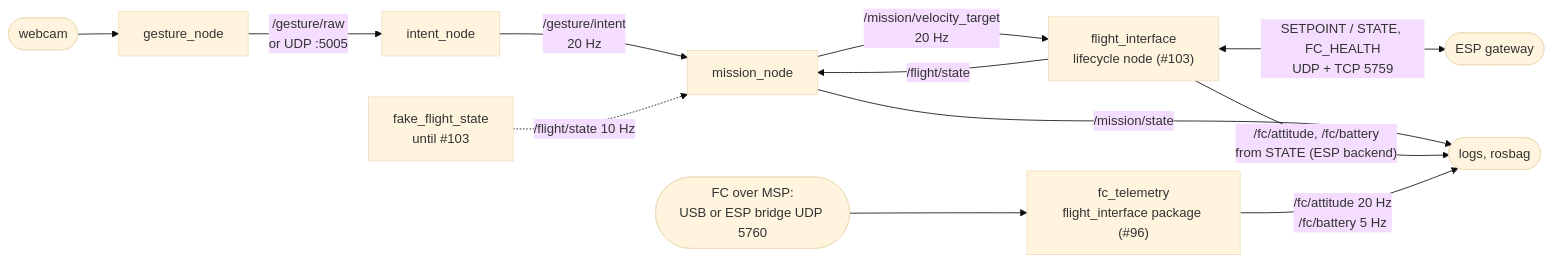
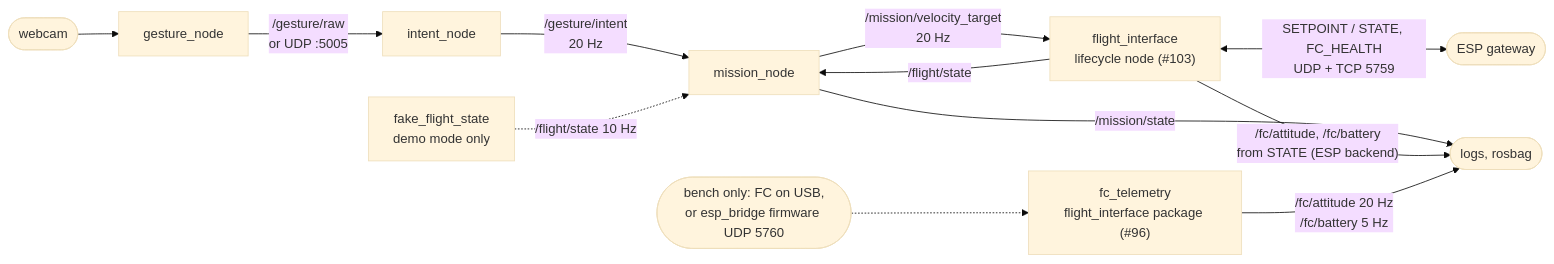
Before and after one commit to SEAME-pt/SEA-ME_Team1_ROSRangers: the second of 2 diagrams in docs/PraticalPlan/03 Architecture/Architecture Document.md, drawn with Mermaid (base theme). The commit also changed other lines of this file, not shown here.

First line of the commit message:
Finish the architecture document (#98) (#216)

````diff
--- a/docs/PraticalPlan/03 Architecture/Architecture Document.md
+++ b/docs/PraticalPlan/03 Architecture/Architecture Document.md
@@ -67,14 +66,14 @@
 ```mermaid
 flowchart LR
   CAM([webcam]) --> GEST[gesture_node]
   GEST -->|"/gesture/raw<br/>or UDP :5005"| INT[intent_node]
   INT -->|"/gesture/intent<br/>20 Hz"| MIS[mission_node]
   MIS -->|"/mission/velocity_target<br/>20 Hz"| FI["flight_interface<br/>lifecycle node (#103)"]
   MIS -->|"/mission/state"| OUT([logs, rosbag])
   FI -->|"/flight/state"| MIS
   FI <-->|"SETPOINT / STATE, FC_HEALTH<br/>UDP + TCP 5759"| ESP([ESP gateway])
   FI -->|"/fc/attitude, /fc/battery<br/>from STATE (ESP backend)"| OUT
-  FC([FC over MSP:<br/>USB or ESP bridge UDP 5760]) --> FCT["fc_telemetry<br/>flight_interface package (#96)"]
+  FC([bench only: FC on USB,<br/>or esp_bridge firmware UDP 5760]) -.-> FCT["fc_telemetry<br/>flight_interface package (#96)"]
   FCT -->|"/fc/attitude 20 Hz<br/>/fc/battery 5 Hz"| OUT
-  FFS["fake_flight_state<br/>until #103"] -.->|"/flight/state 10 Hz"| MIS
+  FFS["fake_flight_state<br/>demo mode only"] -.->|"/flight/state 10 Hz"| MIS
 ```
````
